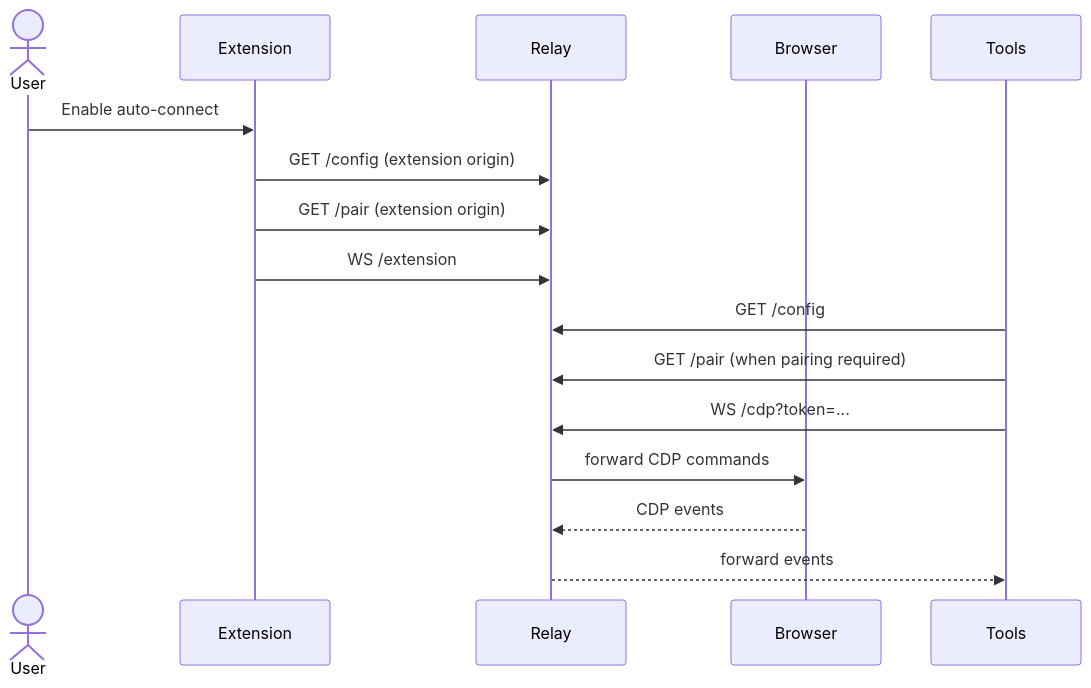
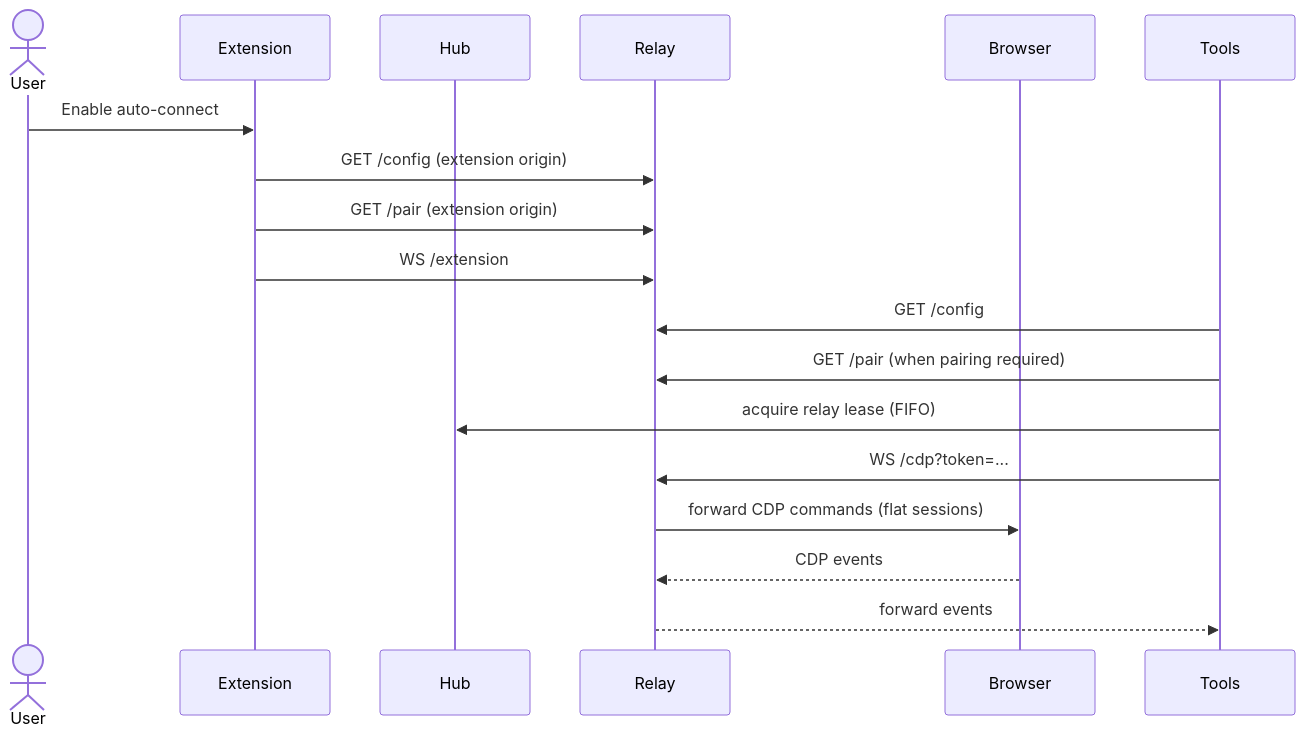
One commit to freshtechbro/opendevbrowser changed the third of 3 diagrams in docs/ARCHITECTURE.md. Above: the diagram before and after it, drawn with Mermaid. The commit also changed other lines of this file and 69 other files, not shown here.

First line of the commit message:
feat: implement relay hub multi-tab flat sessions

````diff
--- a/docs/ARCHITECTURE.md
+++ b/docs/ARCHITECTURE.md
@@ -89,19 +93,21 @@
 ```mermaid
 sequenceDiagram
   actor User
   participant Extension
+  participant Hub
   participant Relay
   participant Browser
   participant Tools
 
   User->>Extension: Enable auto-connect
   Extension->>Relay: GET /config (extension origin)
   Extension->>Relay: GET /pair (extension origin)
   Extension->>Relay: WS /extension
   Tools->>Relay: GET /config
   Tools->>Relay: GET /pair (when pairing required)
+  Tools->>Hub: acquire relay lease (FIFO)
   Tools->>Relay: WS /cdp?token=...
-  Relay->>Browser: forward CDP commands
+  Relay->>Browser: forward CDP commands (flat sessions)
   Browser-->>Relay: CDP events
   Relay-->>Tools: forward events
 ```
````
